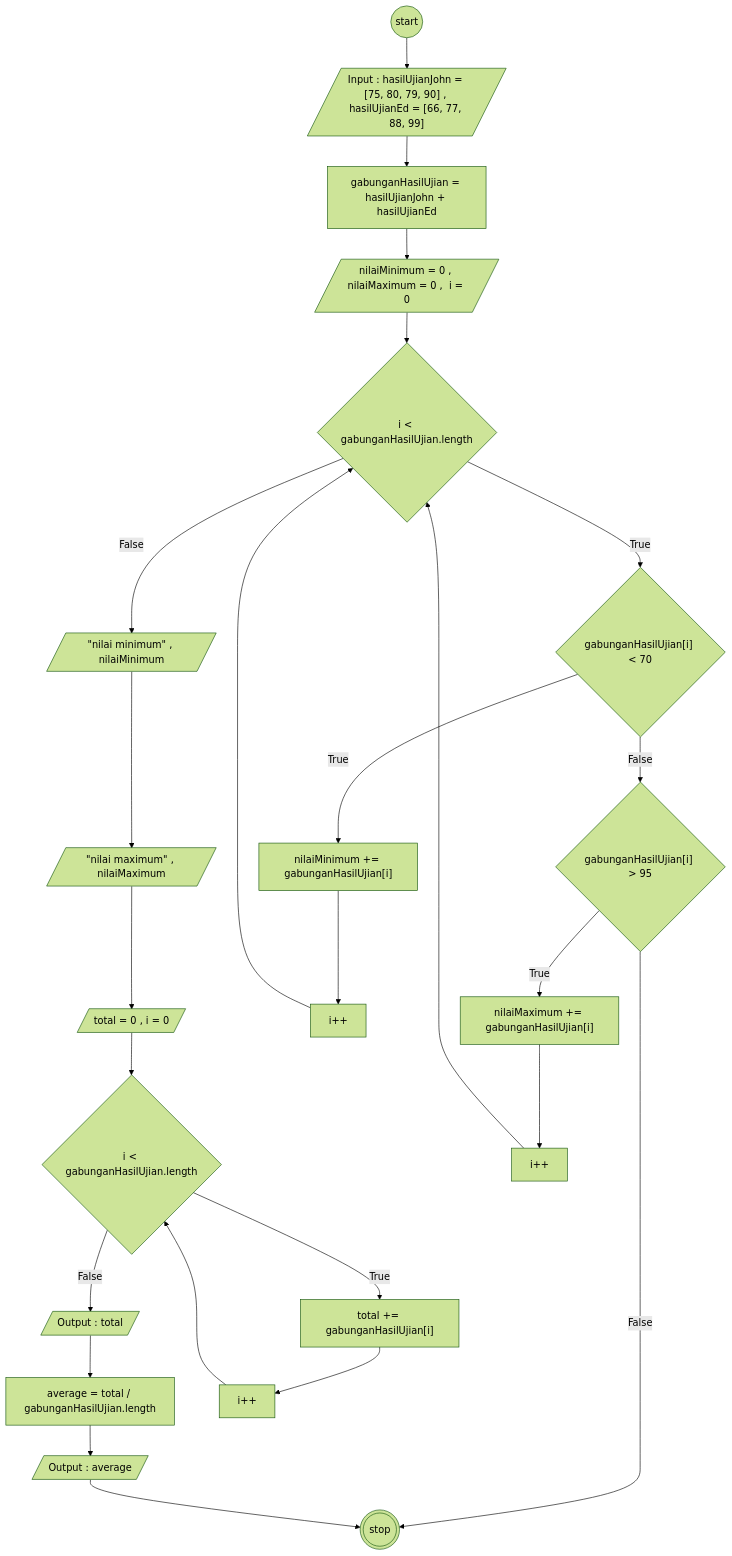
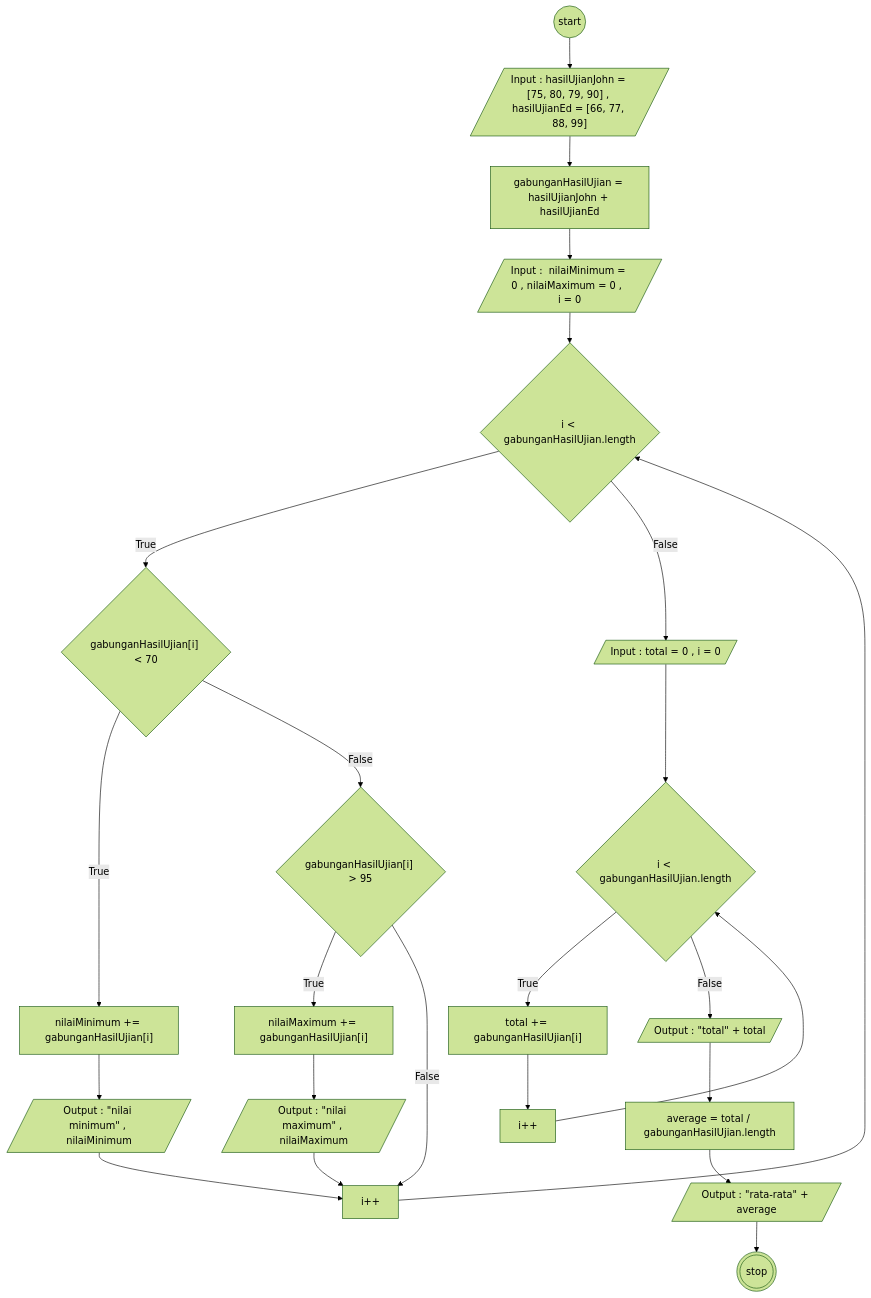
The diagram in task1.md (adityabastyas/koda-b6-javascript2), drawn with Mermaid (forest theme) before and after one commit.

````diff
--- a/task1.md
+++ b/task1.md
@@ -1,58 +1,49 @@
 ```mermaid
 flowchart TD
   start@{shape: circle}
   input@{shape: lean-r, label : 'Input : hasilUjianJohn = [75, 80, 79, 90] , hasilUjianEd = [66, 77, 88, 99]'}
   gabung@{shape: rect, label : 'gabunganHasilUjian = hasilUjianJohn + hasilUjianEd'}
 
-  total@{shape: lean-r, label : 'total = 0 , i = 0'}
+  minMax@{shape: lean-r, label :  'Input :  nilaiMinimum = 0 , nilaiMaximum = 0 ,  i = 0'}
+  ifGabungan1@{shape: diamond, label : 'i < gabunganHasilUjian.length'}
+  isMin@{shape: diamond , label : 'gabunganHasilUjian[i] < 70'}
+  minMaxTrue@{shape : rect, label : 'nilaiMinimum += gabunganHasilUjian[i]'}
+  outpuMin@{shape: lean-r, label : 'Output : "nilai minimum" , nilaiMinimum'}
 
-average@{shape: rect, label : 'average = total / gabunganHasilUjian.length'}
+  ifLebih95@{shape: diamond, label : 'gabunganHasilUjian[i] > 95'}
+  ifLebih95True@{shape: rect, label : 'nilaiMaximum += gabunganHasilUjian[i]'}
+  outpuMax@{shape: lean-r, label : 'Output : "nilai maximum" , nilaiMaximum'}
+
+  plusplus@{shape: rect, label : 'i++'}
+
+  total@{shape: lean-r, label : 'Input : total = 0 , i = 0'}
+  ifGabungan@{shape: diamond, label : 'i < gabunganHasilUjian.length'}
+  totalYa@{shape: rect, label : 'total += gabunganHasilUjian[i]'}
+  iPlusPlus@{shape: rect, label : 'i++'}
+  OutputTotal@{shape: lean-r , label : 'Output : "total" + total'}
+
+  average@{shape: rect, label : 'average = total / gabunganHasilUjian.length'}
+  OutputAverage@{shape: lean-r , label : 'Output : "rata-rata" + average'}
+
   stop@{shape: dbl-circ}
-
-ifGabungan@{shape: diamond, label : 'i < gabunganHasilUjian.length'}
-totalYa@{shape: rect, label : 'total += gabunganHasilUjian[i]'}
-iPlusPlus@{shape: rect, label : 'i++'}
-OutputTotal@{shape: lean-r , label : 'Output : total'}
-OutputAverage@{shape: lean-r , label : 'Output : average'}
-
-minMax@{shape: lean-r, label : 'nilaiMinimum = 0 , nilaiMaximum = 0 ,  i = 0'}
-minMaxTrue@{shape : rect, label : 'nilaiMinimum += gabunganHasilUjian[i]'}
-
-ifGabungan1@{shape: diamond, label : 'i < gabunganHasilUjian.length'}
-isMin@{shape: diamond , label : 'gabunganHasilUjian[i] < 70'}
-
-outpuMin@{shape: lean-r, label : '"nilai minimum" , nilaiMinimum'}
-outpuMax@{shape: lean-r, label : '"nilai maximum" , nilaiMaximum'}
-plusplus@{shape: rect, label : 'i++'}
-
-ifLebih95@{shape: diamond, label : 'gabunganHasilUjian[i] > 95'}
-ifLebih95True@{shape: rect, label : 'nilaiMaximum += gabunganHasilUjian[i]'}
-plusplus2@{shape: rect, label : 'i++'}
 
   start --> input
   input --> gabung
   gabung --> minMax
-  minMax-->ifGabungan1
-  ifGabungan1 --True--> isMin --True--> minMaxTrue
-  minMaxTrue --> plusplus --> ifGabungan1
-   ifGabungan1 --False -->outpuMin --> outpuMax
+  minMax --> ifGabungan1
+  ifGabungan1 --True--> isMin
+  isMin --True--> minMaxTrue --> outpuMin --> plusplus
+  isMin --False--> ifLebih95
+  ifLebih95 --True--> ifLebih95True --> outpuMax --> plusplus
+  ifLebih95 --False--> plusplus
+  plusplus --> ifGabungan1
+  ifGabungan1 --False--> total
 
-  isMin --False--> ifLebih95
-  ifLebih95 --True--> ifLebih95True --> plusplus2
-  plusplus2 --> ifGabungan1
-  ifLebih95 --False--> stop
-
-   outpuMax -->  total
-
-
-
-total --> ifGabungan
-ifGabungan --True--> totalYa
-totalYa --> iPlusPlus
-iPlusPlus --> ifGabungan
-ifGabungan --False--> OutputTotal
-OutputTotal --> average
- average --> OutputAverage --> stop
-
-
+  total --> ifGabungan
+  ifGabungan --True--> totalYa
+  totalYa --> iPlusPlus
+  iPlusPlus --> ifGabungan
+  ifGabungan --False--> OutputTotal
+  OutputTotal --> average
+  average --> OutputAverage --> stop
 ```
````
